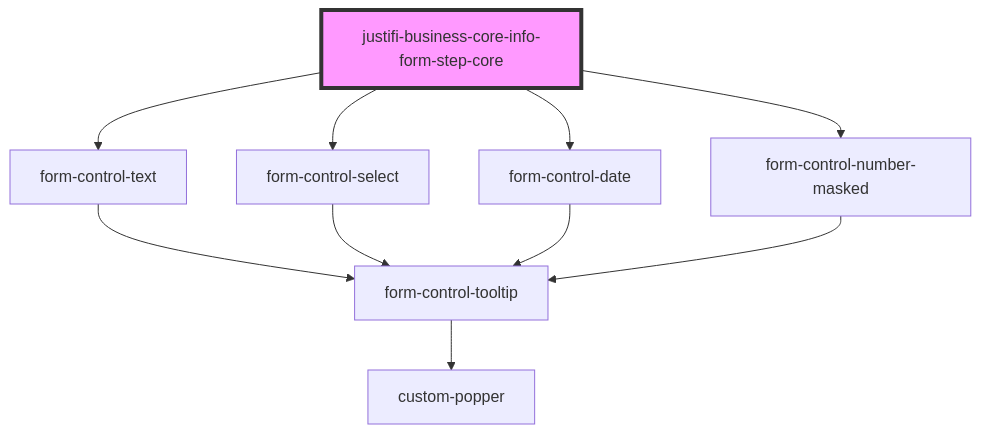
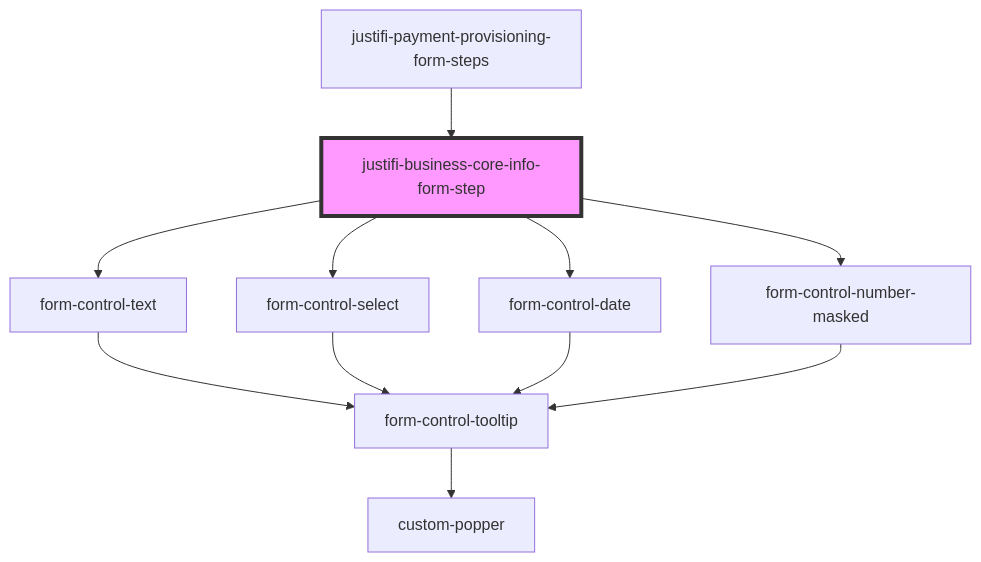
The diagram in packages/webcomponents/src/components/business-forms/payment-provisioning/business-core-info/readme.md (justifi-tech/web-component-library), drawn with Mermaid before and after one commit. The commit also changed other lines of this file and 8 other files, not shown here.

````diff
--- a/packages/webcomponents/src/components/business-forms/payment-provisioning/business-core-info/readme.md
+++ b/packages/webcomponents/src/components/business-forms/payment-provisioning/business-core-info/readme.md
@@ -57,13 +60,14 @@
 ```mermaid
 graph TD;
-  justifi-business-core-info-form-step-core --> form-control-text
-  justifi-business-core-info-form-step-core --> form-control-select
-  justifi-business-core-info-form-step-core --> form-control-date
-  justifi-business-core-info-form-step-core --> form-control-number-masked
+  justifi-business-core-info-form-step --> form-control-text
+  justifi-business-core-info-form-step --> form-control-select
+  justifi-business-core-info-form-step --> form-control-date
+  justifi-business-core-info-form-step --> form-control-number-masked
   form-control-text --> form-control-tooltip
   form-control-tooltip --> custom-popper
   form-control-select --> form-control-tooltip
   form-control-date --> form-control-tooltip
   form-control-number-masked --> form-control-tooltip
-  style justifi-business-core-info-form-step-core fill:#f9f,stroke:#333,stroke-width:4px
+  justifi-payment-provisioning-form-steps --> justifi-business-core-info-form-step
+  style justifi-business-core-info-form-step fill:#f9f,stroke:#333,stroke-width:4px
 ```
````
